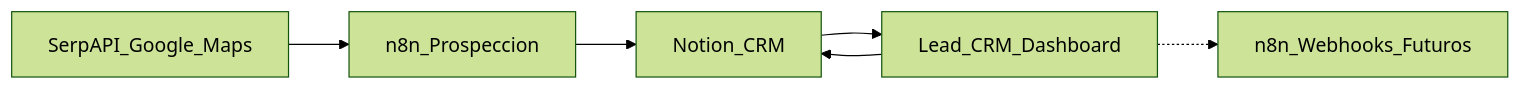
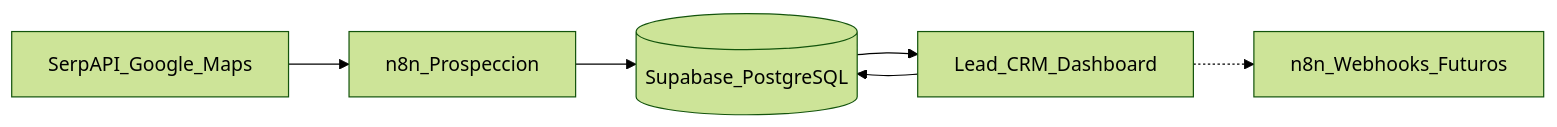
One commit to GallaGit/GallaDev_workspace changed the first of 2 diagrams in docs/architecture/INTEGRACIONES.md. Above: the diagram before and after it, drawn with Mermaid (forest theme). The commit also changed other lines of this file and 42 other files, not shown here.

````diff
--- a/docs/architecture/INTEGRACIONES.md
+++ b/docs/architecture/INTEGRACIONES.md
@@ -5,8 +5,8 @@
 ```mermaid
 flowchart LR
   SerpAPI[SerpAPI_Google_Maps] --> N8n[n8n_Prospeccion]
-  N8n --> Notion[Notion_CRM]
-  Notion --> Dashboard[Lead_CRM_Dashboard]
-  Dashboard --> Notion
+  N8n --> Supabase[(Supabase_PostgreSQL)]
+  Supabase --> Dashboard[Lead_CRM_Dashboard]
+  Dashboard --> Supabase
   Dashboard -.-> Webhooks[n8n_Webhooks_Futuros]
 ```
````
